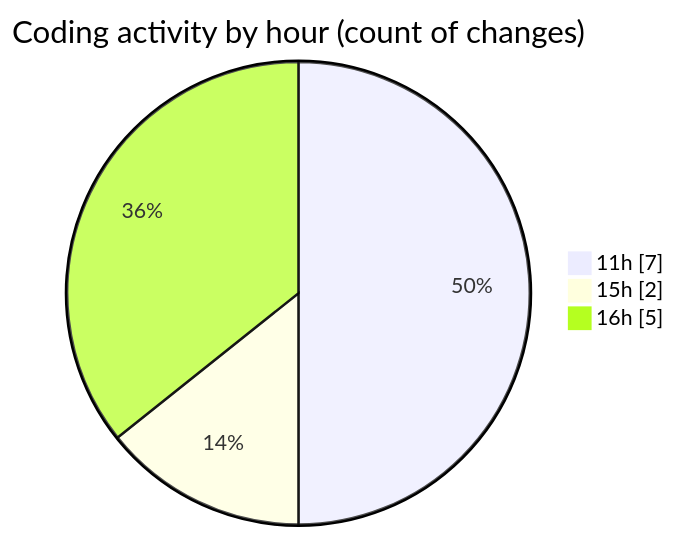
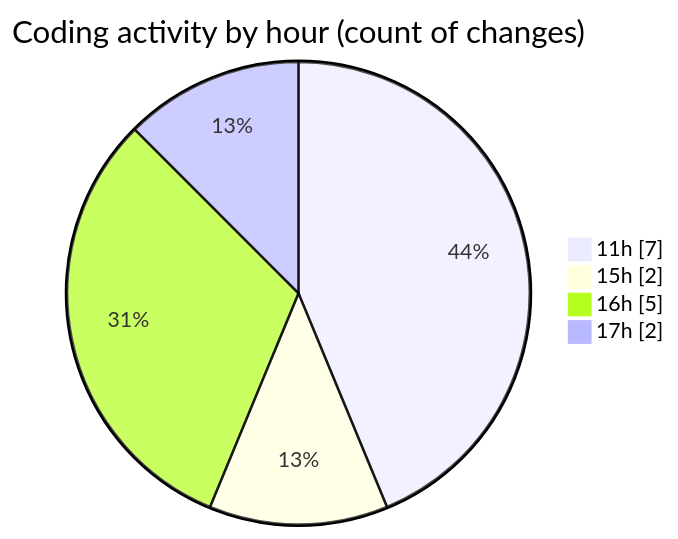
Before and after one commit to jcpc91/code-tracking: the second of 2 diagrams in 2025-05-12/cancelacionsegurosvida/README.md, drawn with Mermaid. The commit also changed other lines of this file and 1 other file, not shown here.

````diff
--- a/2025-05-12/cancelacionsegurosvida/README.md
+++ b/2025-05-12/cancelacionsegurosvida/README.md
@@ -32,7 +32,8 @@
 ```mermaid
 pie showData
 title Coding activity by hour (count of changes)
 "11h" : 7
 "15h" : 2
 "16h" : 5
+"17h" : 2
 ```
````
